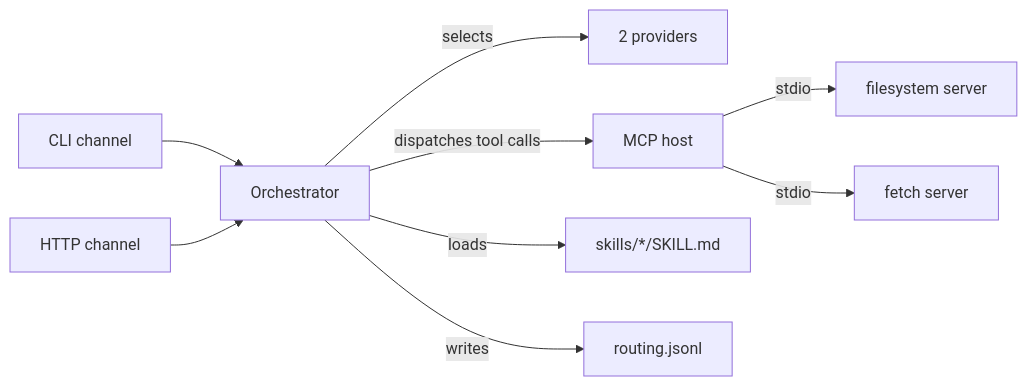
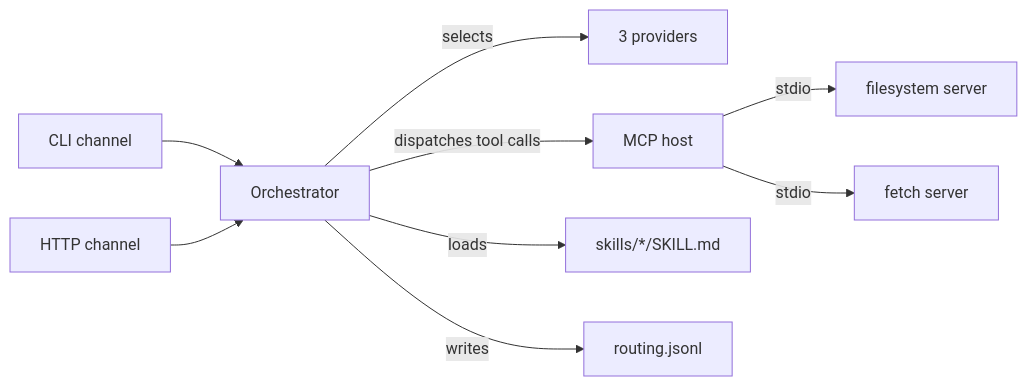
One commit to ber4444/ferryman-mcp changed the diagram in README.md. Above: the diagram before and after it, drawn with Mermaid. The commit also changed other lines of this file and 4 other files, not shown here.

````diff
--- a/README.md
+++ b/README.md
@@ -146,11 +146,11 @@
 ```mermaid
 flowchart LR
     CLI[CLI channel] --> Orchestrator
     HTTP[HTTP channel] --> Orchestrator
-    Orchestrator -->|selects| Providers[2 providers]
+    Orchestrator -->|selects| Providers[3 providers]
     Orchestrator -->|dispatches tool calls| McpHost[MCP host]
     McpHost -->|stdio| FS[filesystem server]
     McpHost -->|stdio| Fetch[fetch server]
     Orchestrator -->|loads| Skills[skills/*/SKILL.md]
     Orchestrator -->|writes| Logs[routing.jsonl]
 ```
````
